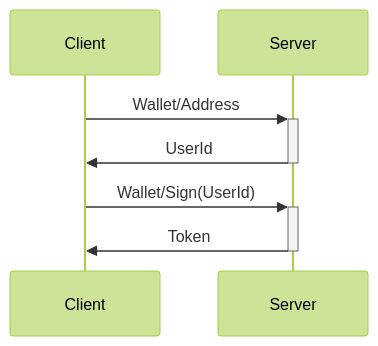
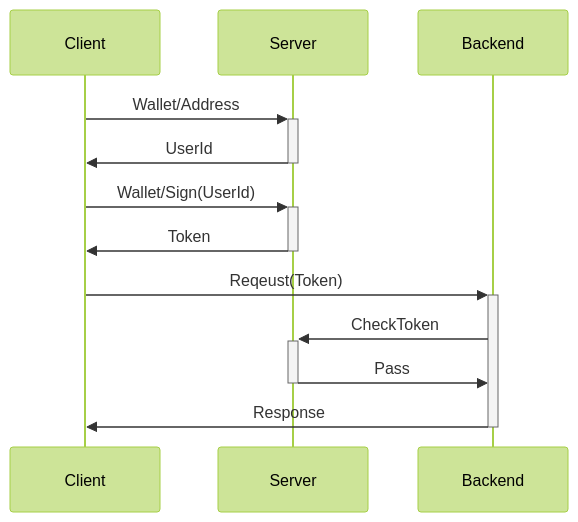
Before and after one commit to WALL-E/web3auth: the diagram in README.md, drawn with Mermaid (forest theme).

````diff
--- a/README.md
+++ b/README.md
@@ -5,7 +5,12 @@
 ```mermaid
 sequenceDiagram
   Client ->>+ Server: Wallet/Address
   Server ->>- Client: UserId
   Client ->>+ Server: Wallet/Sign(UserId)
   Server ->>- Client: Token
+
+  Client ->>+ Backend: Reqeust(Token)
+  Backend ->>+ Server: CheckToken
+  Server ->>- Backend: Pass
+  Backend ->>- Client: Response
 ```
````
